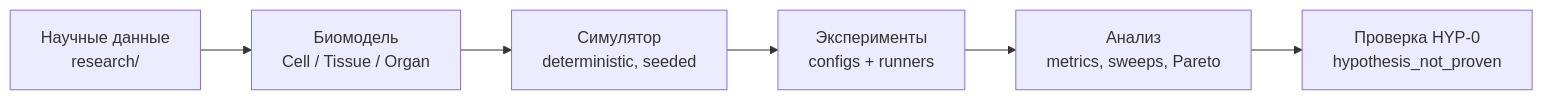
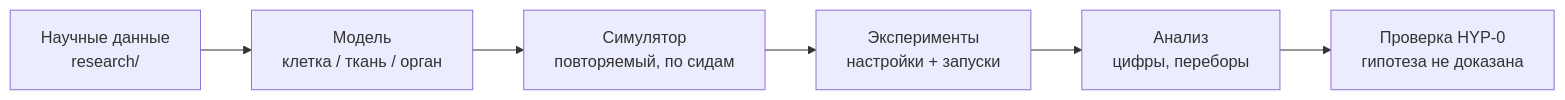
One commit to VohminV/human-longevity-research changed the first of 3 diagrams in PRESENTATION.md. Above: the diagram before and after it, drawn with Mermaid. The commit also changed other lines of this file and 23 other files, not shown here.

````diff
--- a/PRESENTATION.md
+++ b/PRESENTATION.md
@@ -32,8 +51,8 @@
 ```mermaid
 flowchart LR
-    DATA["Научные данные<br/>research/"] --> BIO["Биомодель<br/>Cell / Tissue / Organ"]
-    BIO --> SIM["Симулятор<br/>deterministic, seeded"]
-    SIM --> EXP["Эксперименты<br/>configs + runners"]
-    EXP --> AN["Анализ<br/>metrics, sweeps, Pareto"]
-    AN --> HYP["Проверка HYP-0<br/>hypothesis_not_proven"]
+    DATA["Научные данные<br/>research/"] --> BIO["Модель<br/>клетка / ткань / орган"]
+    BIO --> SIM["Симулятор<br/>повторяемый, по сидам"]
+    SIM --> EXP["Эксперименты<br/>настройки + запуски"]
+    EXP --> AN["Анализ<br/>цифры, переборы"]
+    AN --> HYP["Проверка HYP-0<br/>гипотеза не доказана"]
 ```
````
